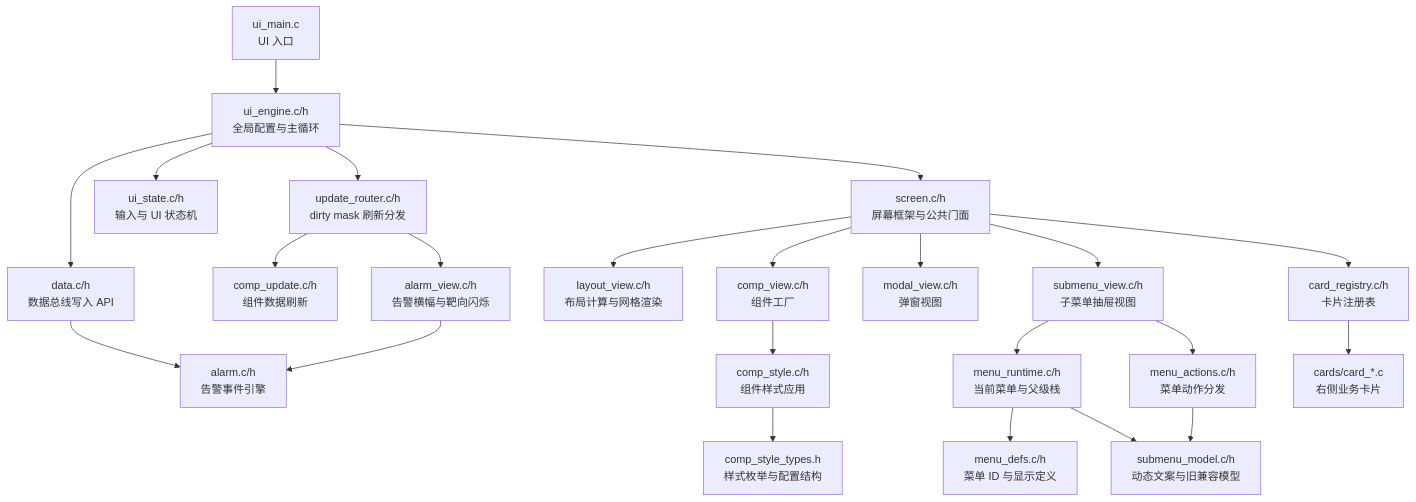
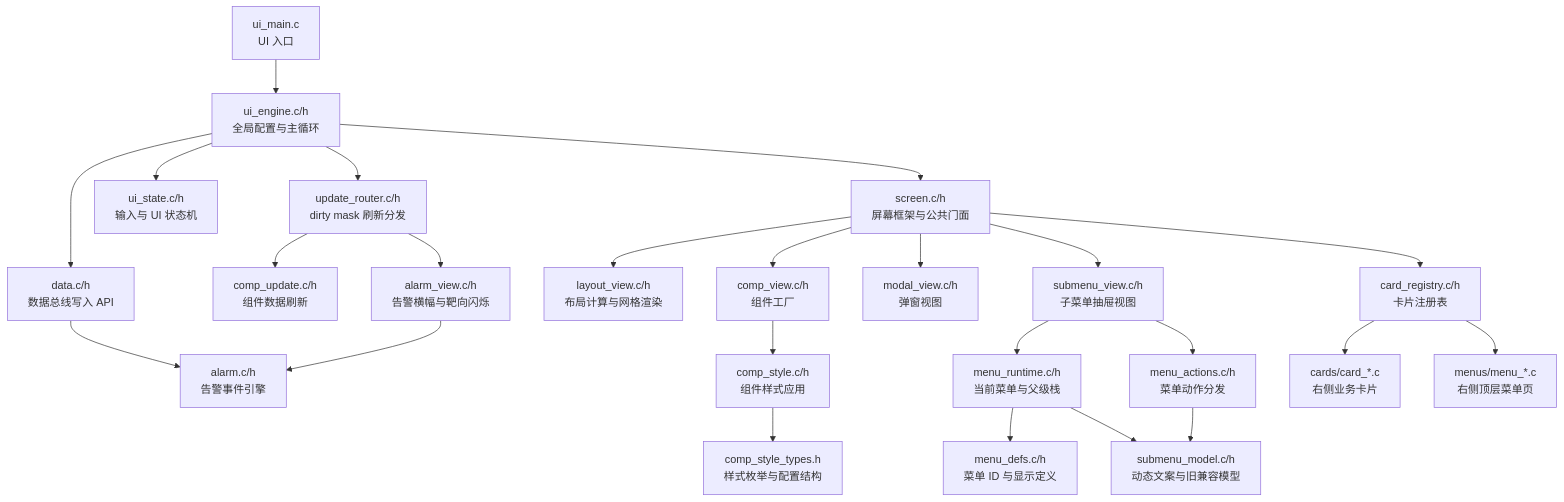
One commit to arexvision/lv_port_win_codeblocks-release-v8.3_hasGroup changed the first of 6 diagrams in UI_html_DOC/UI_MODULE_MAP.md. Above: the diagram before and after it, drawn with Mermaid. The commit also changed other lines of this file and 11 other files, not shown here.

````diff
--- a/UI_html_DOC/UI_MODULE_MAP.md
+++ b/UI_html_DOC/UI_MODULE_MAP.md
@@ -21,28 +22,29 @@
 ```mermaid
 flowchart TD
     UI["ui_main.c<br/>UI 入口"] --> Engine["ui_engine.c/h<br/>全局配置与主循环"]
     Engine --> Data["data.c/h<br/>数据总线写入 API"]
     Engine --> State["ui_state.c/h<br/>输入与 UI 状态机"]
     Engine --> UpdateRouter["update_router.c/h<br/>dirty mask 刷新分发"]
     Engine --> Screen["screen.c/h<br/>屏幕框架与公共门面"]
 
     Screen --> Layout["layout_view.c/h<br/>布局计算与网格渲染"]
     Screen --> WidgetView["comp_view.c/h<br/>组件工厂"]
     Screen --> Modal["modal_view.c/h<br/>弹窗视图"]
     Screen --> SubmenuView["submenu_view.c/h<br/>子菜单抽屉视图"]
     SubmenuView --> MenuRuntime["menu_runtime.c/h<br/>当前菜单与父级栈"]
     MenuRuntime --> MenuDefs["menu_defs.c/h<br/>菜单 ID 与显示定义"]
     SubmenuView --> MenuActions["menu_actions.c/h<br/>菜单动作分发"]
     MenuRuntime --> SubmenuModel["submenu_model.c/h<br/>动态文案与旧兼容模型"]
     MenuActions --> SubmenuModel
 
     UpdateRouter --> WidgetUpdate["comp_update.c/h<br/>组件数据刷新"]
     UpdateRouter --> AlarmView["alarm_view.c/h<br/>告警横幅与靶向闪烁"]
     Data --> AlarmEngine["alarm.c/h<br/>告警事件引擎"]
     AlarmView --> AlarmEngine
 
     Screen --> Registry["card_registry.c/h<br/>卡片注册表"]
     Registry --> Cards["cards/card_*.c<br/>右侧业务卡片"]
+    Registry --> Menus["menus/menu_*.c<br/>右侧顶层菜单页"]
     WidgetView --> Style["comp_style.c/h<br/>组件样式应用"]
     Style --> StyleTypes["comp_style_types.h<br/>样式枚举与配置结构"]
 ```
````
